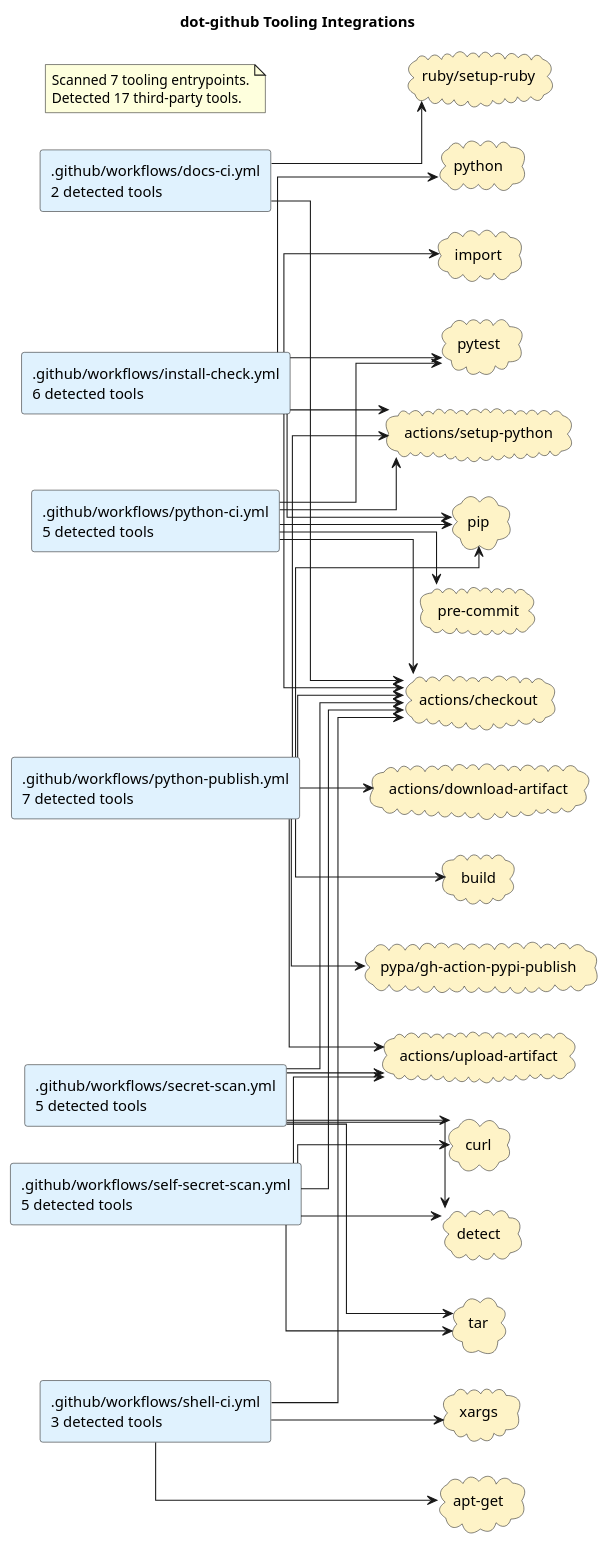
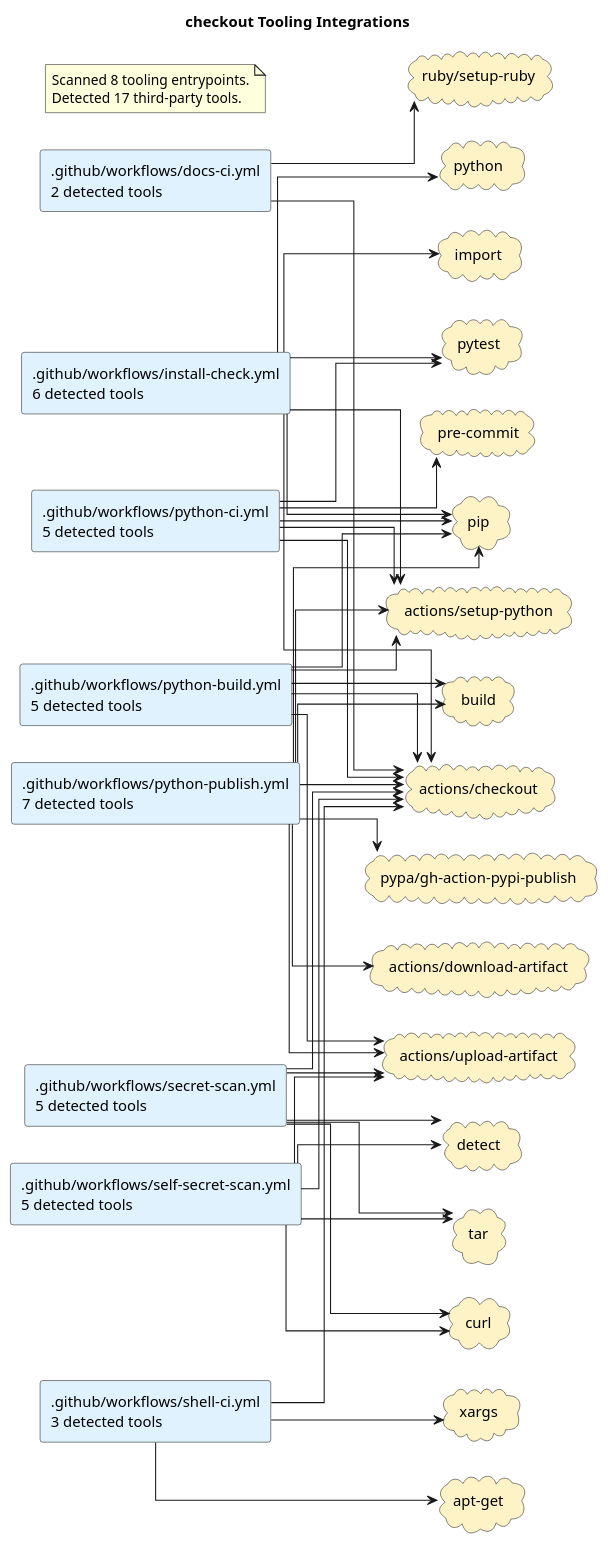
The diagram in docs/diagrams/tooling-integrations.puml (casonk/.github), drawn with PlantUML before and after one commit. The commit also changed 4 other files, not shown here.

Commit message:
docs: refresh generated architecture diagrams (#26)

```diff
--- a/docs/diagrams/tooling-integrations.puml
+++ b/docs/diagrams/tooling-integrations.puml
@@ -1,69 +1,75 @@
 @startuml
-title dot-github Tooling Integrations
+title checkout Tooling Integrations
 left to right direction
 skinparam shadowing false
 skinparam defaultFontName Monospace
 skinparam componentStyle rectangle
 skinparam linetype ortho
 rectangle ".github/workflows/docs-ci.yml\n2 detected tools" as source_github_workflows_docs_ci_yml #E0F2FE
 rectangle ".github/workflows/install-check.yml\n6 detected tools" as source_github_workflows_install_check_yml #E0F2FE
+rectangle ".github/workflows/python-build.yml\n5 detected tools" as source_github_workflows_python_build_yml #E0F2FE
 rectangle ".github/workflows/python-ci.yml\n5 detected tools" as source_github_workflows_python_ci_yml #E0F2FE
 rectangle ".github/workflows/python-publish.yml\n7 detected tools" as source_github_workflows_python_publish_yml #E0F2FE
 rectangle ".github/workflows/secret-scan.yml\n5 detected tools" as source_github_workflows_secret_scan_yml #E0F2FE
 rectangle ".github/workflows/self-secret-scan.yml\n5 detected tools" as source_github_workflows_self_secret_scan_yml #E0F2FE
 rectangle ".github/workflows/shell-ci.yml\n3 detected tools" as source_github_workflows_shell_ci_yml #E0F2FE
 cloud "actions/checkout" as tool_actions_checkout #FEF3C7
 cloud "actions/download-artifact" as tool_actions_download_artifact #FEF3C7
 cloud "actions/setup-python" as tool_actions_setup_python #FEF3C7
 cloud "actions/upload-artifact" as tool_actions_upload_artifact #FEF3C7
 cloud "apt-get" as tool_apt_get #FEF3C7
 cloud "build" as tool_build #FEF3C7
 cloud "curl" as tool_curl #FEF3C7
 cloud "detect" as tool_detect #FEF3C7
 cloud "import" as tool_import #FEF3C7
 cloud "pip" as tool_pip #FEF3C7
 cloud "pre-commit" as tool_pre_commit #FEF3C7
 cloud "pypa/gh-action-pypi-publish" as tool_pypa_gh_action_pypi_publish #FEF3C7
 cloud "pytest" as tool_pytest #FEF3C7
 cloud "python" as tool_python #FEF3C7
 cloud "ruby/setup-ruby" as tool_ruby_setup_ruby #FEF3C7
 cloud "tar" as tool_tar #FEF3C7
 cloud "xargs" as tool_xargs #FEF3C7
 source_github_workflows_docs_ci_yml --> tool_actions_checkout
 source_github_workflows_docs_ci_yml --> tool_ruby_setup_ruby
 source_github_workflows_install_check_yml --> tool_actions_checkout
 source_github_workflows_install_check_yml --> tool_actions_setup_python
 source_github_workflows_install_check_yml --> tool_import
 source_github_workflows_install_check_yml --> tool_pip
 source_github_workflows_install_check_yml --> tool_pytest
 source_github_workflows_install_check_yml --> tool_python
+source_github_workflows_python_build_yml --> tool_actions_checkout
+source_github_workflows_python_build_yml --> tool_actions_setup_python
+source_github_workflows_python_build_yml --> tool_actions_upload_artifact
+source_github_workflows_python_build_yml --> tool_build
+source_github_workflows_python_build_yml --> tool_pip
 source_github_workflows_python_ci_yml --> tool_actions_checkout
 source_github_workflows_python_ci_yml --> tool_actions_setup_python
 source_github_workflows_python_ci_yml --> tool_pip
 source_github_workflows_python_ci_yml --> tool_pre_commit
 source_github_workflows_python_ci_yml --> tool_pytest
 source_github_workflows_python_publish_yml --> tool_actions_checkout
 source_github_workflows_python_publish_yml --> tool_actions_download_artifact
 source_github_workflows_python_publish_yml --> tool_actions_setup_python
 source_github_workflows_python_publish_yml --> tool_actions_upload_artifact
 source_github_workflows_python_publish_yml --> tool_build
 source_github_workflows_python_publish_yml --> tool_pip
 source_github_workflows_python_publish_yml --> tool_pypa_gh_action_pypi_publish
 source_github_workflows_secret_scan_yml --> tool_actions_checkout
 source_github_workflows_secret_scan_yml --> tool_actions_upload_artifact
 source_github_workflows_secret_scan_yml --> tool_curl
 source_github_workflows_secret_scan_yml --> tool_detect
 source_github_workflows_secret_scan_yml --> tool_tar
 source_github_workflows_self_secret_scan_yml --> tool_actions_checkout
 source_github_workflows_self_secret_scan_yml --> tool_actions_upload_artifact
 source_github_workflows_self_secret_scan_yml --> tool_curl
 source_github_workflows_self_secret_scan_yml --> tool_detect
 source_github_workflows_self_secret_scan_yml --> tool_tar
 source_github_workflows_shell_ci_yml --> tool_actions_checkout
 source_github_workflows_shell_ci_yml --> tool_apt_get
 source_github_workflows_shell_ci_yml --> tool_xargs
 note as toolingGraphSummary
-Scanned 7 tooling entrypoints.
+Scanned 8 tooling entrypoints.
 Detected 17 third-party tools.
 end note
 @enduml
```
